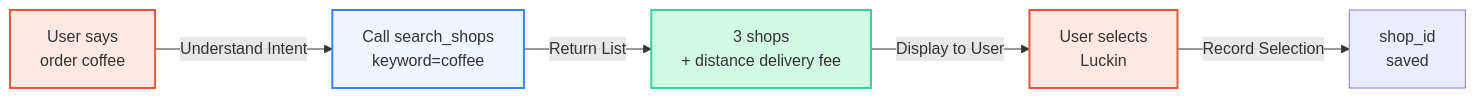
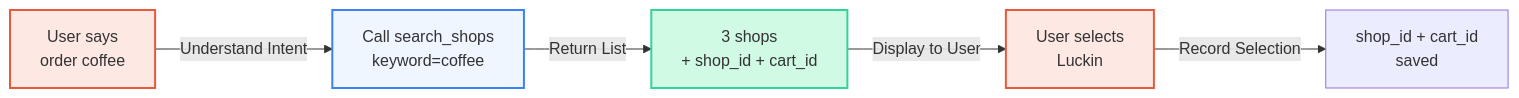
Before and after one commit to clawdot/docs: the first of 3 diagrams in en/super-agent/food-delivery.mdx, drawn with Mermaid. The commit also changed other lines of this file and 20 other files, not shown here.

````diff
--- a/en/super-agent/food-delivery.mdx
+++ b/en/super-agent/food-delivery.mdx
@@ -162,12 +181,12 @@
 ```mermaid
 graph LR
   A["User says<br/>order coffee"] -->|Understand Intent| B["Call search_shops<br/>keyword=coffee"]
-  B -->|Return List| C["3 shops<br/>+ distance delivery fee"]
+  B -->|Return List| C["3 shops<br/>+ shop_id + cart_id"]
   C -->|Display to User| D["User selects<br/>Luckin"]
-  D -->|Record Selection| E["shop_id<br/>saved"]
+  D -->|Record Selection| E["shop_id + cart_id<br/>saved"]
 
   style B fill:#EFF6FF,stroke:#3B82F6,stroke-width:2px
   style A fill:#fde8e4,stroke:#E8593C,stroke-width:2px
   style C fill:#D1FAE5,stroke:#34D399,stroke-width:2px
   style D fill:#fde8e4,stroke:#E8593C,stroke-width:2px
 ```
````
